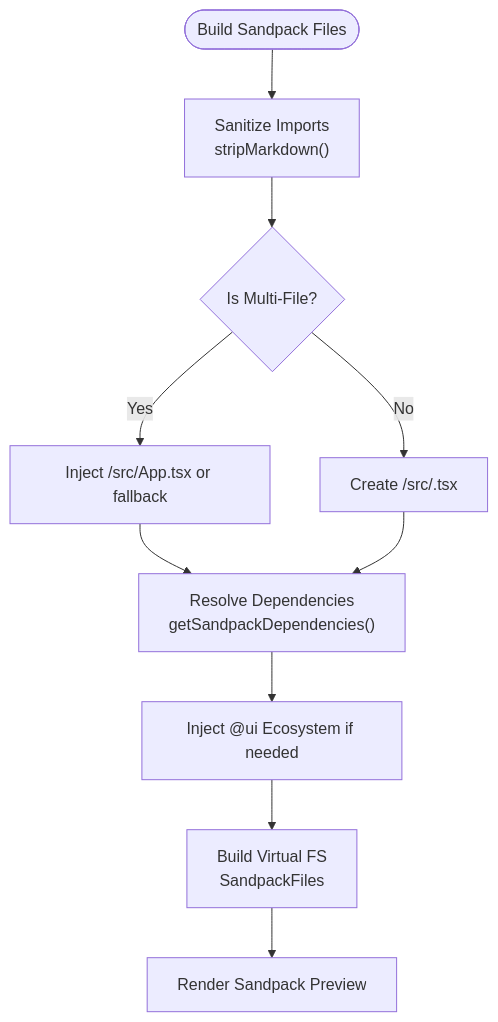
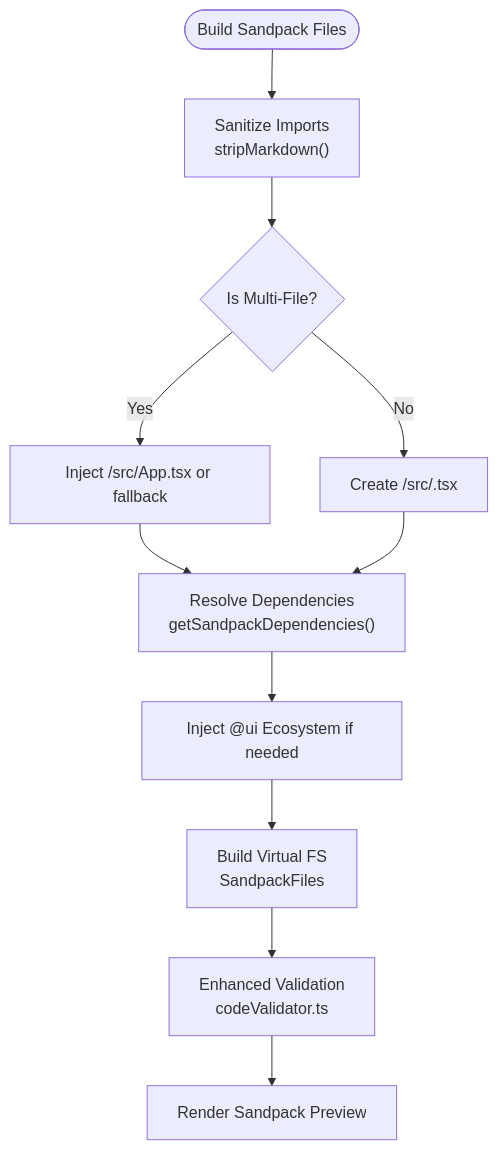
One commit to shekhargiri005-dotcom/AI-powered-accessibility-first-UI-engine changed the fifth of 8 diagrams in .qoder/repowiki/en/content/Architecture & Design/Technology Stack.md. Above: the diagram before and after it, drawn with Mermaid. The commit also changed other lines of this file and 7 other files, not shown here.

````diff
--- a/.qoder/repowiki/en/content/Architecture & Design/Technology Stack.md
+++ b/.qoder/repowiki/en/content/Architecture & Design/Technology Stack.md
@@ -362,12 +406,13 @@
 ```mermaid
 flowchart TD
 Start(["Build Sandpack Files"]) --> Sanitize["Sanitize Imports<br/>stripMarkdown()"]
 Sanitize --> MultiFile{"Is Multi-File?"}
 MultiFile --> |Yes| InjectApp["Inject /src/App.tsx or fallback"]
 MultiFile --> |No| SingleFile["Create /src/<Component>.tsx"]
 InjectApp --> ResolveDeps["Resolve Dependencies<br/>getSandpackDependencies()"]
 SingleFile --> ResolveDeps
 ResolveDeps --> InjectUI["Inject @ui Ecosystem if needed"]
 InjectUI --> BuildFS["Build Virtual FS<br/>SandpackFiles"]
-BuildFS --> Preview["Render Sandpack Preview"]
+BuildFS --> Validate["Enhanced Validation<br/>codeValidator.ts"]
+Validate --> Preview["Render Sandpack Preview"]
 ```
````
